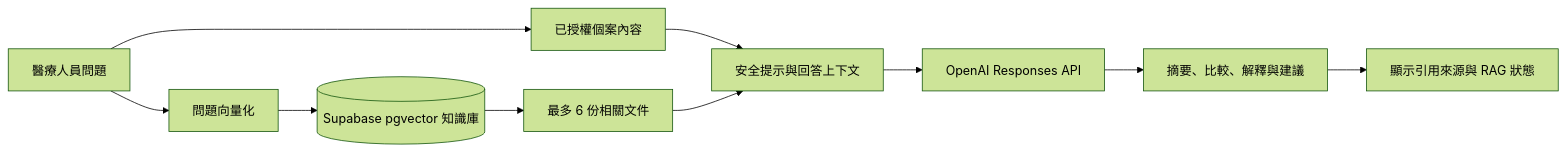
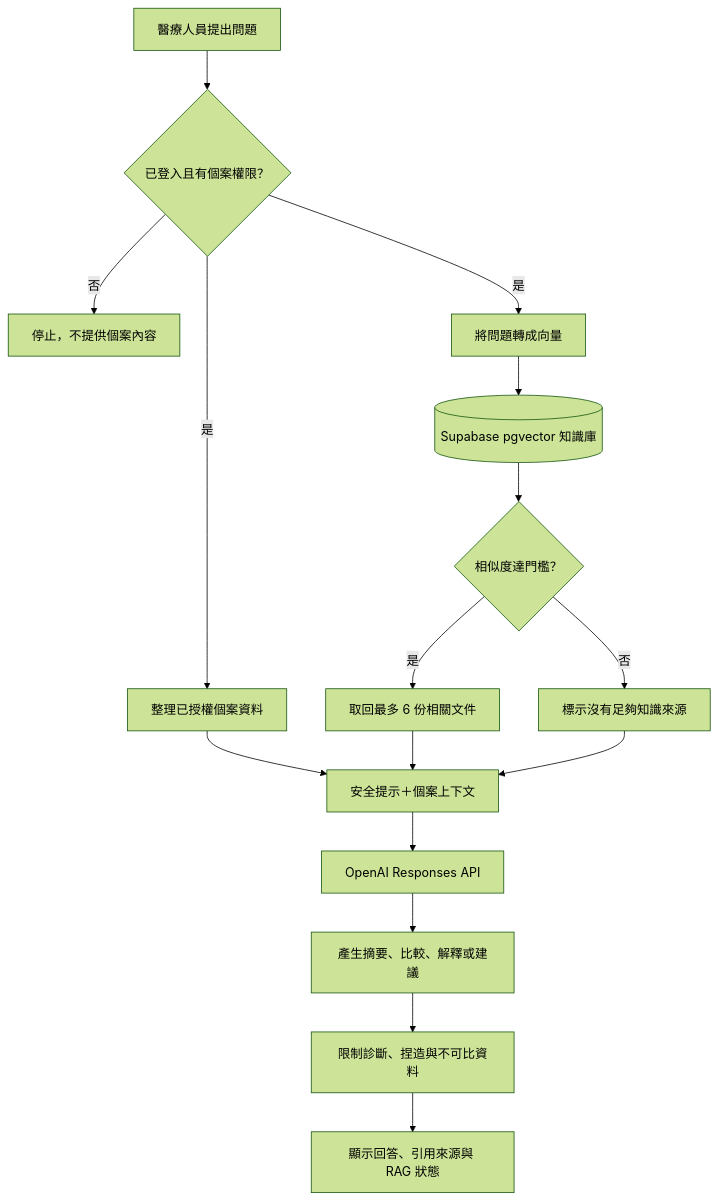
One commit to larinastudy01-lab/ef-game changed the fourth of 6 diagrams in README.md. Above: the diagram before and after it, drawn with Mermaid (forest theme). The commit also changed other lines of this file and 60 other files, not shown here.

Commit message:
Update game access results and clinical flows

````diff
--- a/README.md
+++ b/README.md
@@ -351,12 +499,19 @@
 ```mermaid
-flowchart LR
-    Q[醫療人員問題] --> C[已授權個案內容]
-    Q --> E[問題向量化]
+flowchart TD
+    Q[醫療人員提出問題]
+    Q --> AUTH{已登入且有個案權限？}
+    AUTH -->|否| STOP[停止，不提供個案內容]
+    AUTH -->|是| C[整理已授權個案資料]
+    AUTH -->|是| E[將問題轉成向量]
     E --> V[(Supabase pgvector 知識庫)]
-    V --> D[最多 6 份相關文件]
-    C --> P[安全提示與回答上下文]
+    V --> M{相似度達門檻？}
+    M -->|是| D[取回最多 6 份相關文件]
+    M -->|否| N[標示沒有足夠知識來源]
+    C --> P[安全提示＋個案上下文]
     D --> P
+    N --> P
     P --> O[OpenAI Responses API]
-    O --> A[摘要、比較、解釋與建議]
-    A --> S[顯示引用來源與 RAG 狀態]
+    O --> A[產生摘要、比較、解釋或建議]
+    A --> CHECK[限制診斷、捏造與不可比資料]
+    CHECK --> S[顯示回答、引用來源與 RAG 狀態]
 ```
````
